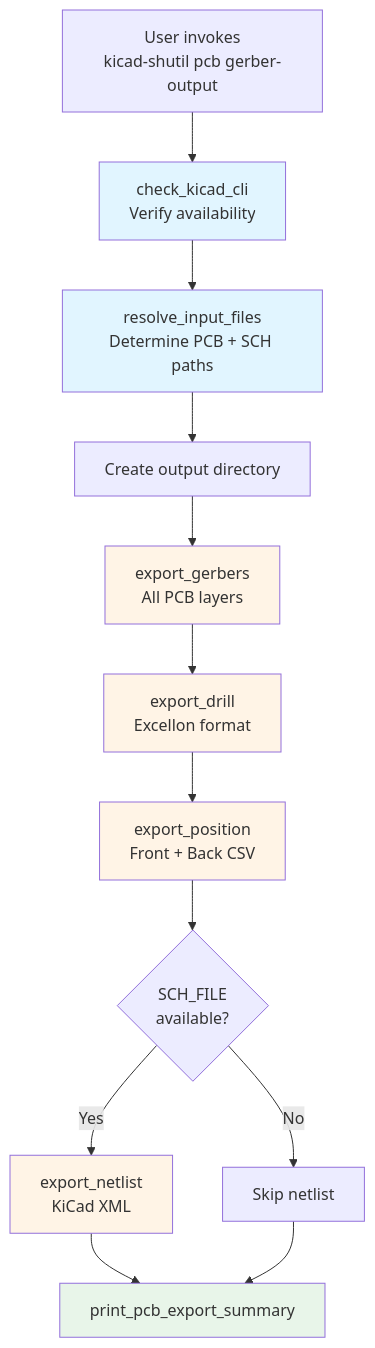
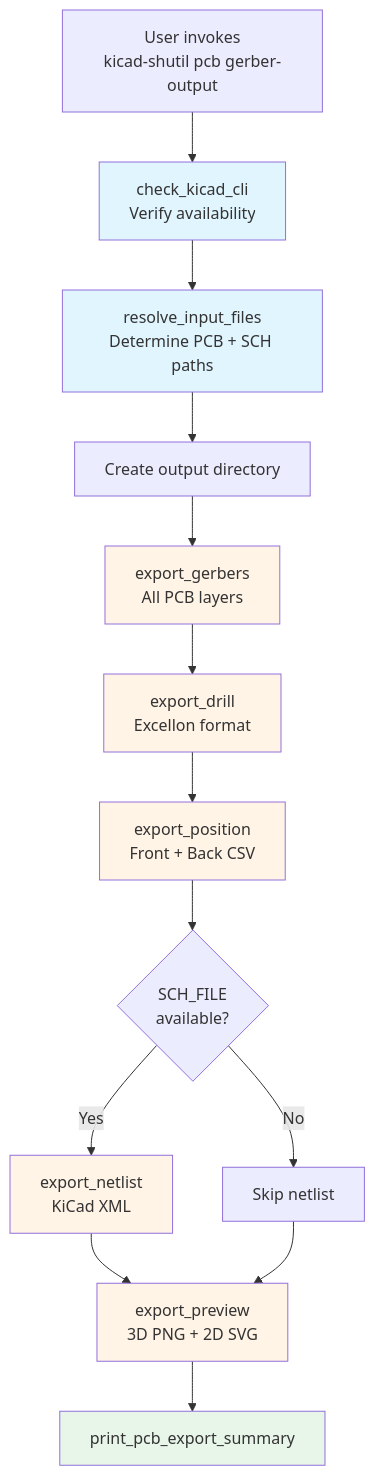
The fourth of 9 diagrams in docs/design.md (qq3g7bad/kicad-shutil), drawn with Mermaid before and after one commit. The commit also changed other lines of this file and 5 other files, not shown here.

First line of the commit message:
feat(pcb): add board preview output to gerber-output

````diff
--- a/docs/design.md
+++ b/docs/design.md
@@ -449,22 +458,24 @@
 ```mermaid
 flowchart TD
     A[User invokes<br/>kicad-shutil pcb gerber-output] --> B[check_kicad_cli<br/>Verify availability]
     B --> C[resolve_input_files<br/>Determine PCB + SCH paths]
     C --> D[Create output directory]
     D --> E[export_gerbers<br/>All PCB layers]
     E --> F[export_drill<br/>Excellon format]
     F --> G[export_position<br/>Front + Back CSV]
     G --> H{SCH_FILE<br/>available?}
     H -->|Yes| I[export_netlist<br/>KiCad XML]
     H -->|No| J[Skip netlist]
-    I --> K[print_pcb_export_summary]
-    J --> K
+    I --> P[export_preview<br/>3D PNG + 2D SVG]
+    J --> P
+    P --> K[print_pcb_export_summary]
 
     style B fill:#e1f5ff
     style C fill:#e1f5ff
     style E fill:#fff4e6
     style F fill:#fff4e6
     style G fill:#fff4e6
     style I fill:#fff4e6
+    style P fill:#fff4e6
     style K fill:#e8f5e9
 ```
````
